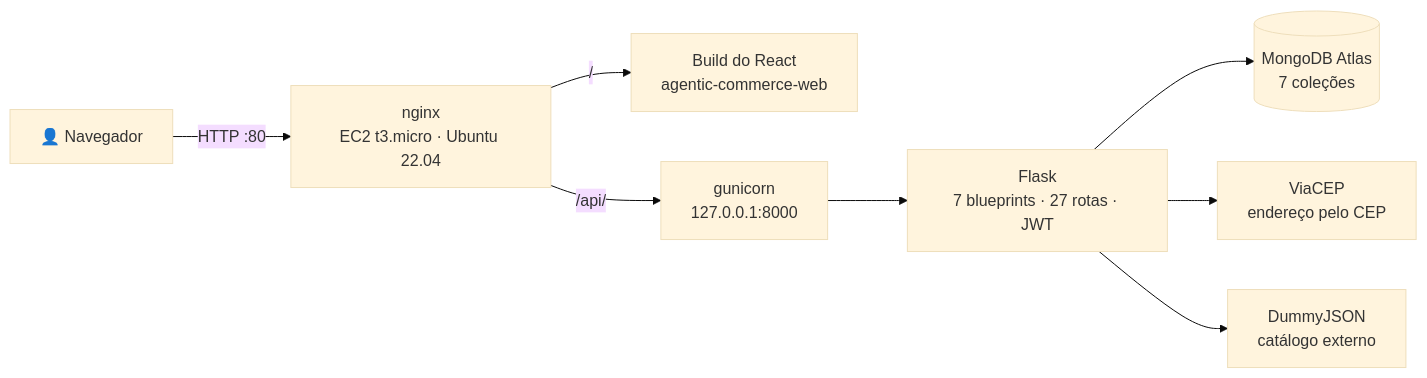
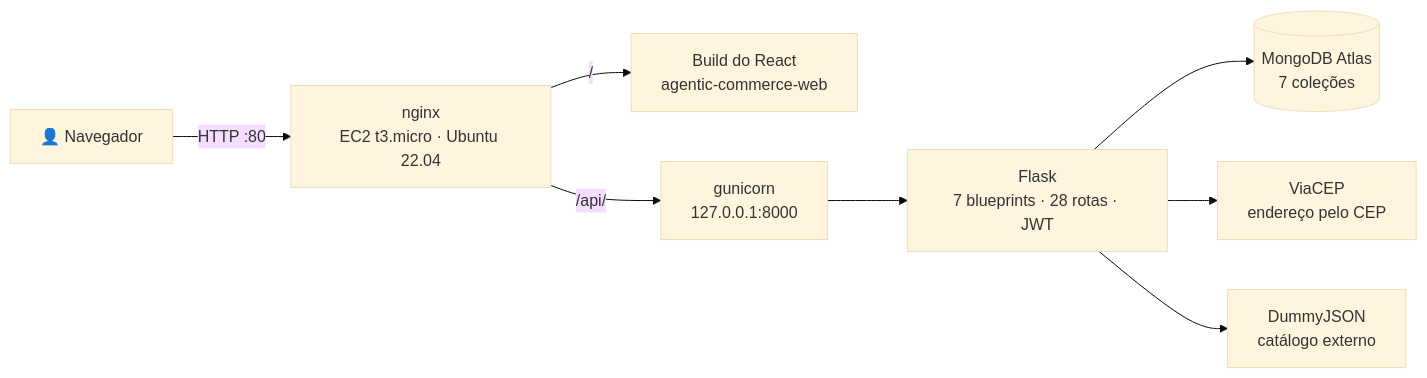
The second of 4 diagrams in README.md (iajuss/agentic-commerce-api), drawn with Mermaid (base theme) before and after one commit. The commit also changed other lines of this file and 8 other files, not shown here.

````diff
--- a/README.md
+++ b/README.md
@@ -117,10 +117,10 @@
 ```mermaid
 flowchart LR
     U["👤 Navegador"] -->|"HTTP :80"| N["nginx<br>EC2 t3.micro · Ubuntu 22.04"]
     N -->|"/"| W["Build do React<br>agentic-commerce-web"]
     N -->|"/api/"| G["gunicorn<br>127.0.0.1:8000"]
-    G --> F["Flask<br>7 blueprints · 27 rotas · JWT"]
+    G --> F["Flask<br>7 blueprints · 28 rotas · JWT"]
     F --> M[("MongoDB Atlas<br>7 coleções")]
     F --> V["ViaCEP<br>endereço pelo CEP"]
     F --> D["DummyJSON<br>catálogo externo"]
 ```
````
